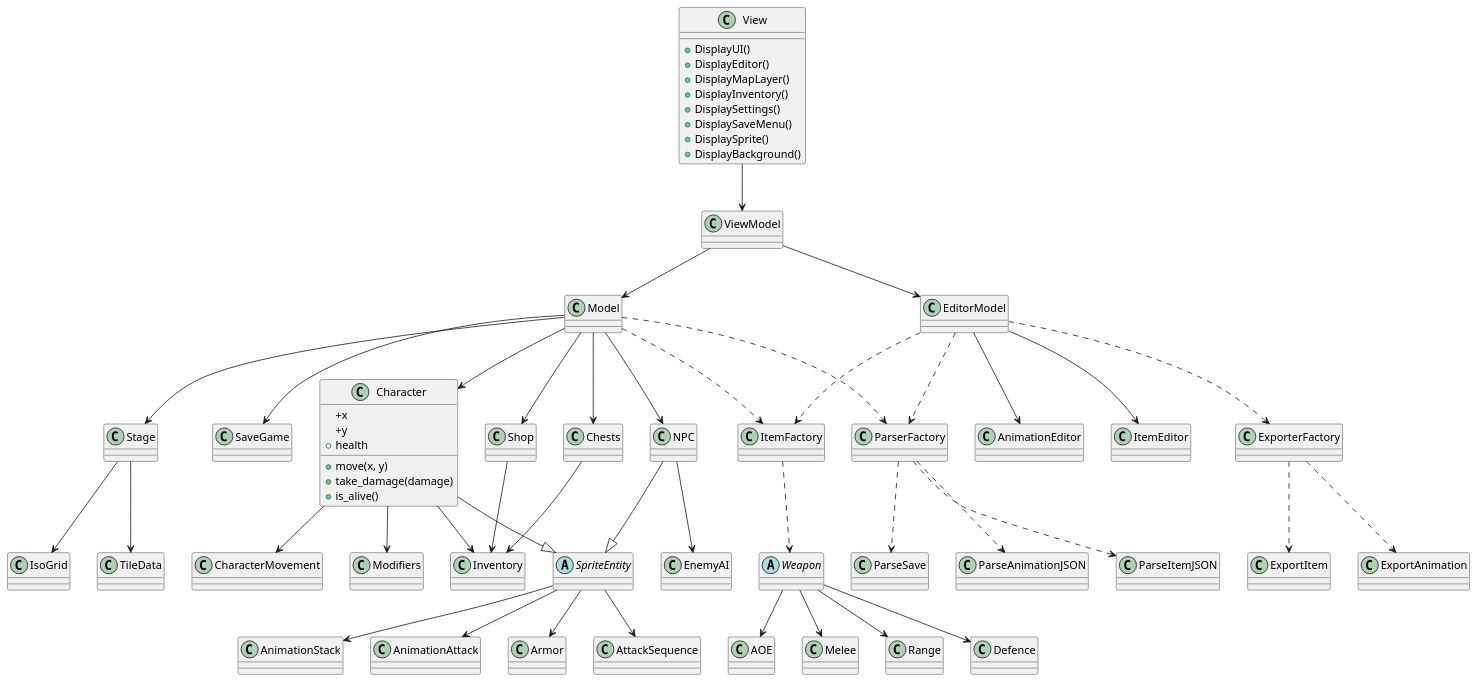
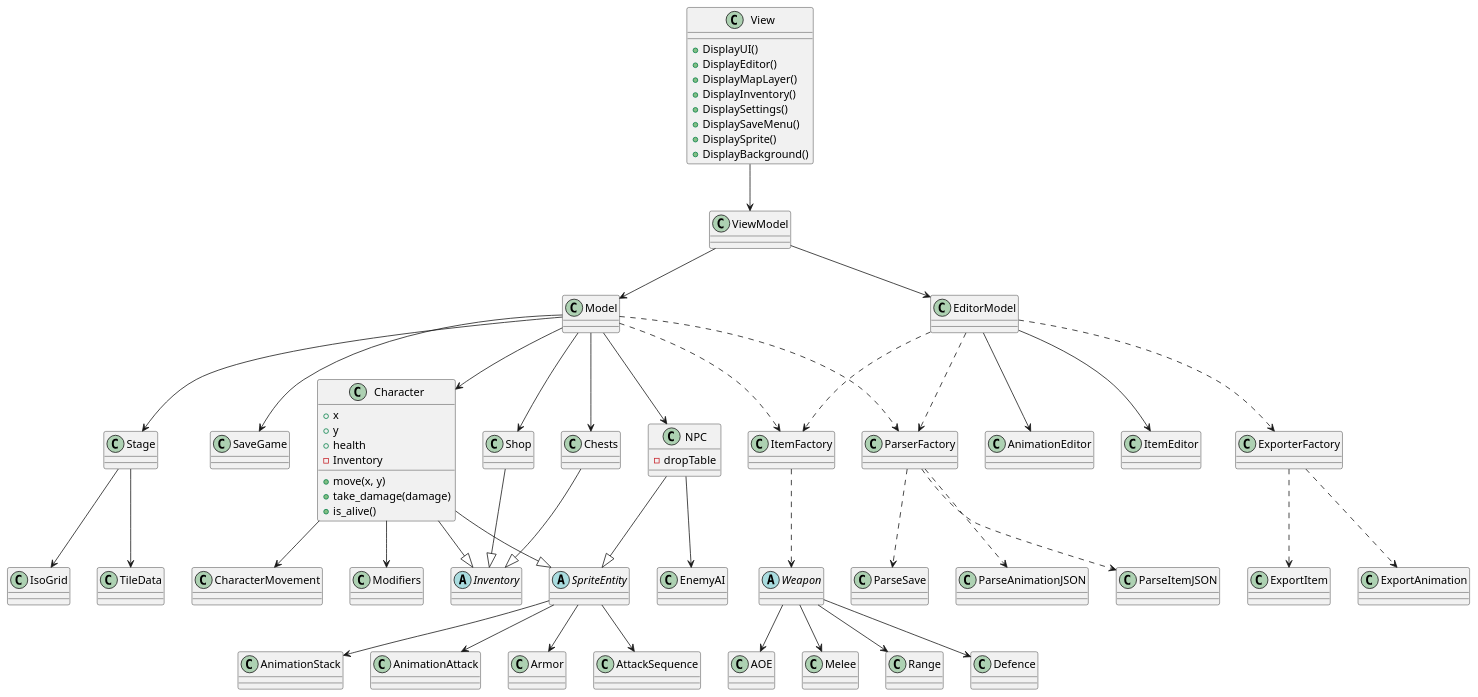
The diagram in Design/Class Diagram.puml (Uthjos/Project-Lapis-), drawn with PlantUML before and after one commit.

Commit message:
made Inventory abstract and added some things to Character and NPC

```diff
--- a/Design/Class Diagram.puml
+++ b/Design/Class Diagram.puml
@@ -27,17 +27,18 @@
 }
 
 class Character {
-    +x
-    +y
-    +health
+    + x
+    + y
+    + health
+    - Inventory
 
-    +move(x, y)
-    +take_damage(damage)
-    +is_alive()
+    + move(x, y)
+    + take_damage(damage)
+    + is_alive()
 }
 
 class NPC {
-
+    - dropTable
 }
 
 class AnimationEditor{
@@ -48,7 +49,7 @@
 
 }
 
-class Inventory {
+abstract class Inventory {
 
 }
 
@@ -174,7 +175,7 @@
 Character --|> SpriteEntity
 Character --> CharacterMovement
 Character --> Modifiers
-Character --> Inventory
+Character --|> Inventory
 
 
 NPC --|> SpriteEntity
@@ -186,9 +187,9 @@
 SpriteEntity --> AttackSequence
 
 
-Shop --> Inventory
+Shop --|> Inventory
 
-Chests --> Inventory
+Chests --|> Inventory
 
 ExporterFactory ..> ExportItem
 ExporterFactory ..> ExportAnimation
```
